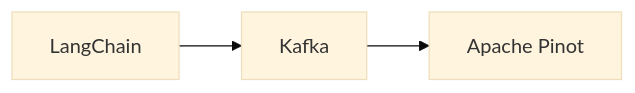
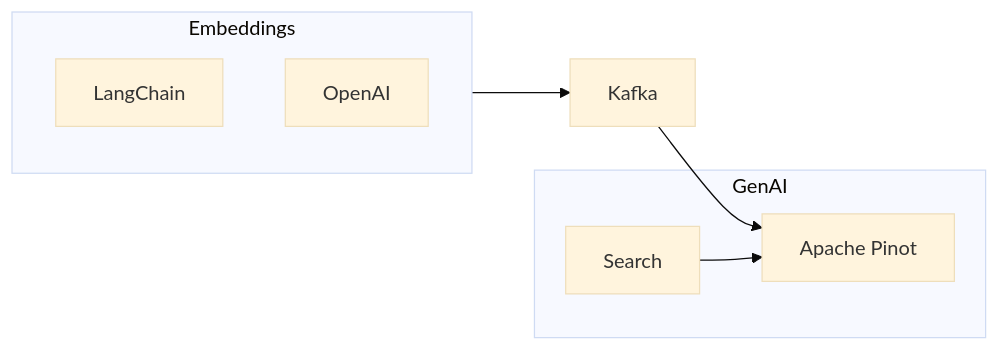
One commit to startreedata/examples changed the diagram in rag/README.md. Above: the diagram before and after it, drawn with Mermaid (base theme). The commit also changed other lines of this file and 10 other files, not shown here.

````diff
--- a/rag/README.md
+++ b/rag/README.md
@@ -3,5 +5,16 @@
 ```mermaid
 flowchart LR
 
-LangChain-->k[Kafka]-->p[Apache Pinot]
+subgraph ie[Embeddings]
+LangChain
+OpenAI
+end
+
+ie-->k[Kafka]
+k-->p[Apache Pinot]
+
+subgraph GenAI
+Search-->p
+end
+
 ```
````
